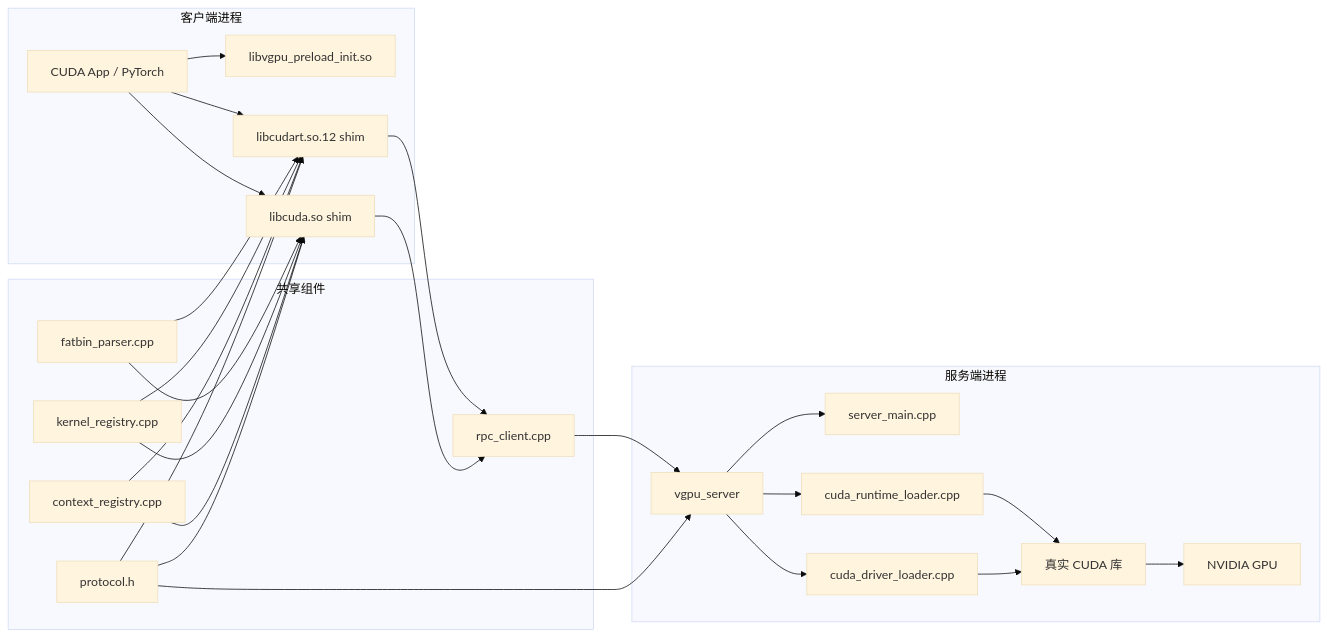
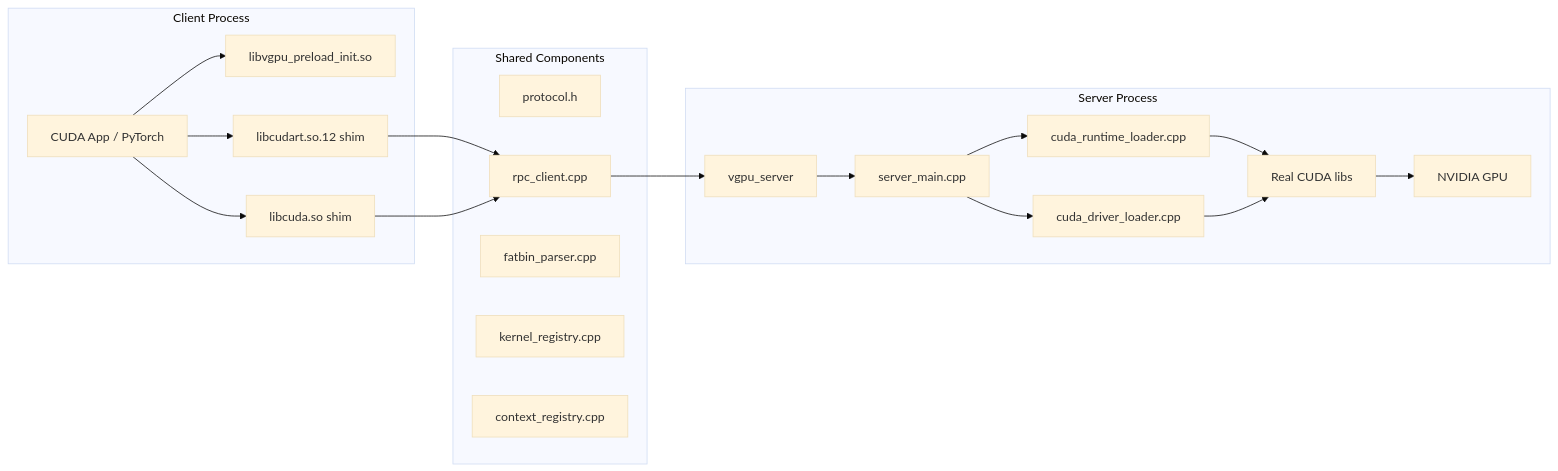
The diagram in DESIGN.md (yangzy723/Virtual-GPU), drawn with Mermaid (base theme) before and after one commit. The commit also changed other lines of this file and 17 other files, not shown here.

````diff
--- a/DESIGN.md
+++ b/DESIGN.md
@@ -24,48 +22,39 @@
 ```mermaid
 flowchart LR
-    subgraph ClientProcess[客户端进程]
+    subgraph Client[Client Process]
         APP[CUDA App / PyTorch]
         PRELOAD[libvgpu_preload_init.so]
         RT[libcudart.so.12 shim]
         DRV[libcuda.so shim]
         APP --> PRELOAD
         APP --> RT
         APP --> DRV
     end
 
-    subgraph SharedCode[共享组件]
+    subgraph Shared[Shared Components]
         PROTO[protocol.h]
         RPC[rpc_client.cpp]
         FATBIN[fatbin_parser.cpp]
         KREG[kernel_registry.cpp]
         CREG[context_registry.cpp]
     end
 
-    subgraph ServerProcess[服务端进程]
+    subgraph Server[Server Process]
         SERVER[vgpu_server]
         DISPATCH[server_main.cpp]
         RTL[cuda_runtime_loader.cpp]
         DRVL[cuda_driver_loader.cpp]
-        REAL[真实 CUDA 库]
+        REAL[Real CUDA libs]
         GPU[NVIDIA GPU]
         SERVER --> DISPATCH
-        SERVER --> RTL
-        SERVER --> DRVL
+        DISPATCH --> RTL
+        DISPATCH --> DRVL
         RTL --> REAL
         DRVL --> REAL
         REAL --> GPU
     end
 
     RT --> RPC
     DRV --> RPC
     RPC --> SERVER
-    FATBIN --> RT
-    FATBIN --> DRV
-    KREG --> RT
-    KREG --> DRV
-    CREG --> RT
-    CREG --> DRV
-    PROTO --> RT
-    PROTO --> DRV
-    PROTO --> SERVER
 ```
````
